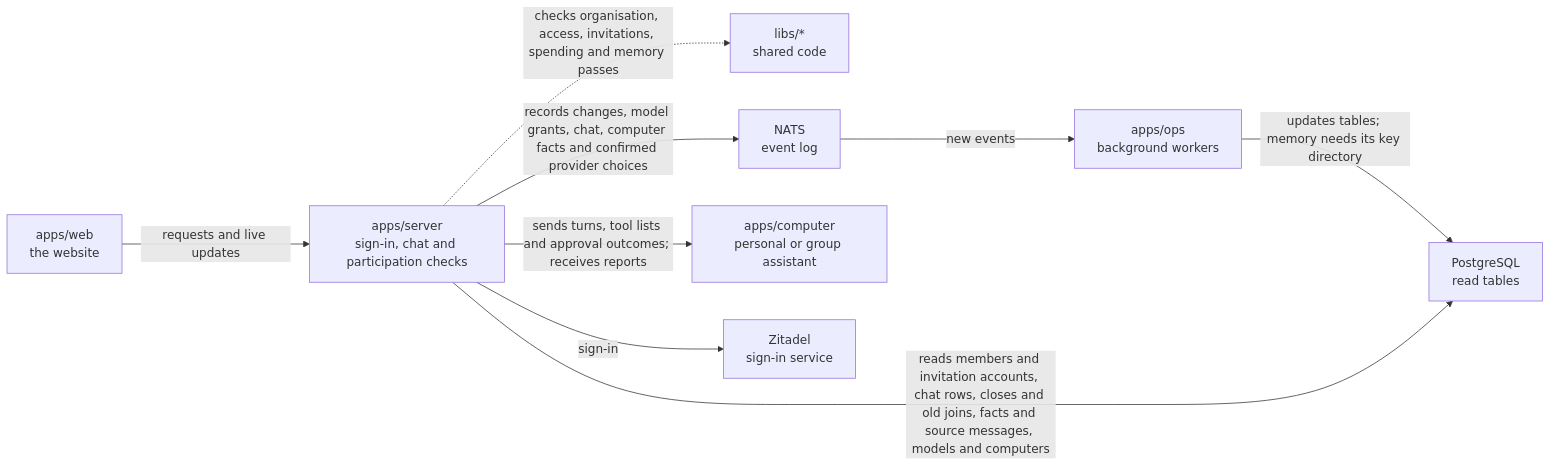
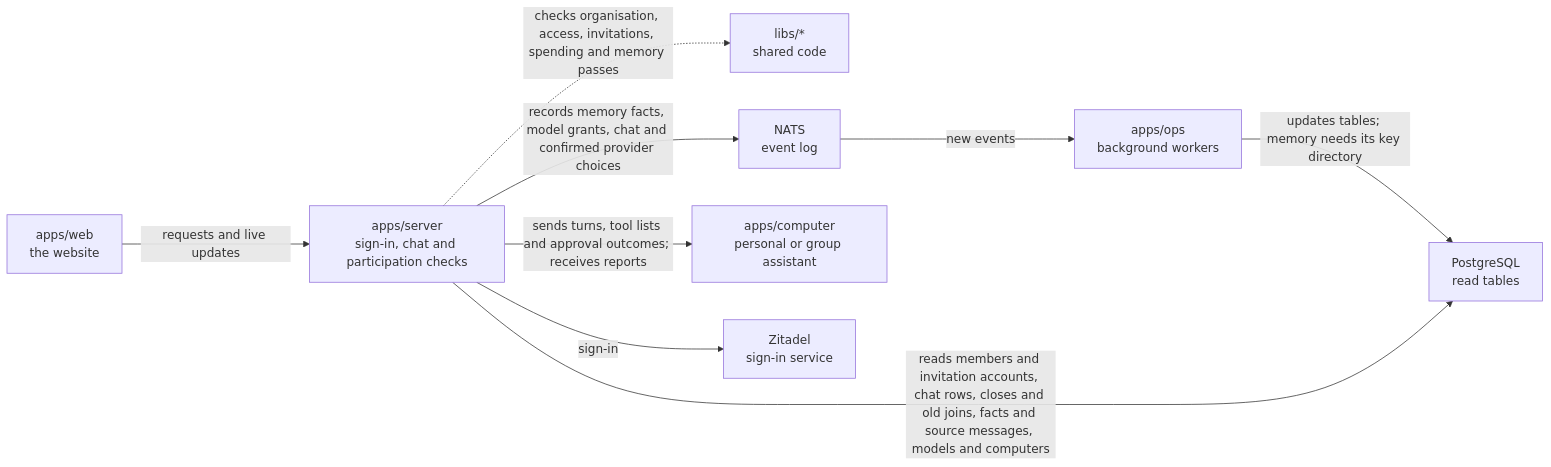
The diagram in apps/server/README.md (elewa-git/opencrane-new), drawn with Mermaid before and after one commit. The commit also changed 12 other files, not shown here.

Commit message:
🧠 Record human memory facts and check the original command

````diff
--- a/apps/server/README.md
+++ b/apps/server/README.md
@@ -11,12 +11,11 @@
 ```mermaid
 flowchart LR
-
   web["apps/web<br/>the website"] -->|requests and live updates| server["apps/server<br/>sign-in, chat and participation checks"]
   server -.->|checks organisation, access, invitations, spending and memory passes| libs["libs/*<br/>shared code"]
-  server -->|records changes, model grants, chat, computer facts and confirmed provider choices| nats["NATS<br/>event log"]
+  server -->|records memory facts, model grants, chat and confirmed provider choices| nats["NATS<br/>event log"]
   nats -->|new events| ops["apps/ops<br/>background workers"]
   ops -->|updates tables; memory needs its key directory| postgres["PostgreSQL<br/>read tables"]
   server -->|reads members and invitation accounts, chat rows, closes and old joins, facts and source messages, models and computers| postgres
   server -->|sends turns, tool lists and approval outcomes; receives reports| computer["apps/computer<br/>personal or group assistant"]
   server -->|sign-in| zitadel["Zitadel<br/>sign-in service"]
 ```
````
